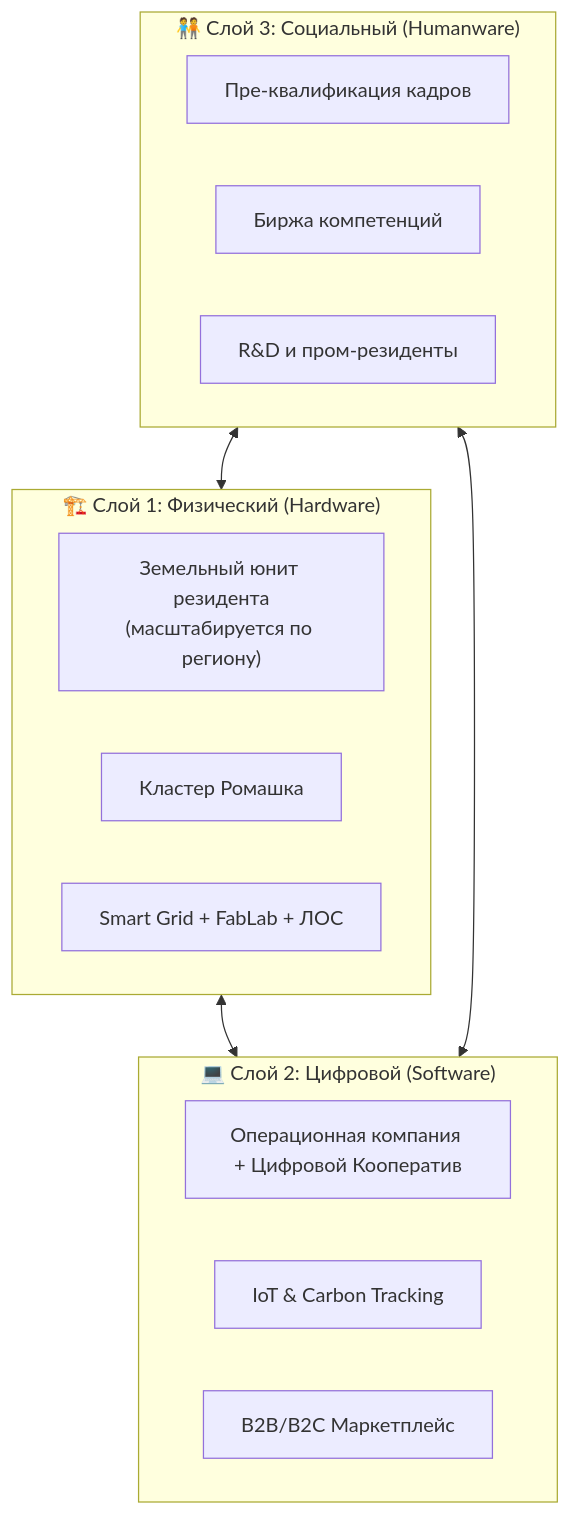
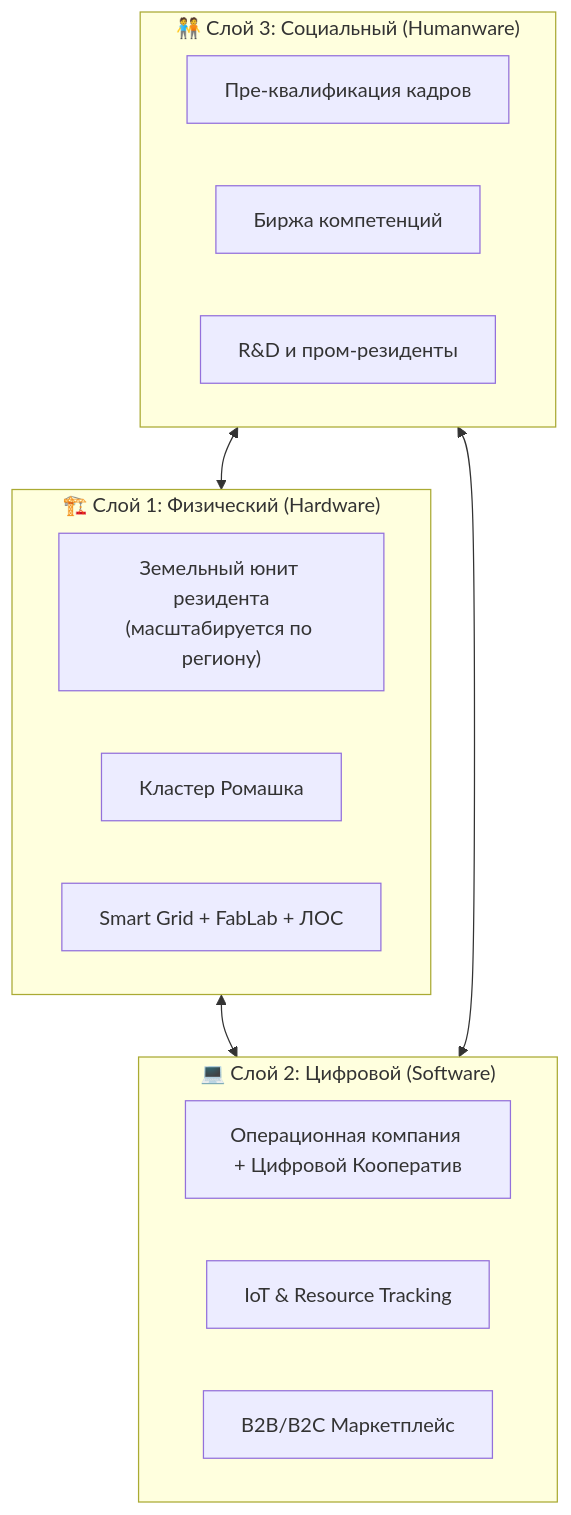
One commit to NeuroLoft/NEURO-ESTATE changed the second of 7 diagrams in ТЭО_Родовое_Поместье_Кейс/ТЭО_Родовое_Поместье_Раздел_3_Описание_концепции.md. Above: the diagram before and after it, drawn with Mermaid. The commit also changed other lines of this file and 12 other files, not shown here.

````diff
--- a/ТЭО_Родовое_Поместье_Кейс/ТЭО_Родовое_Поместье_Раздел_3_Описание_концепции.md
+++ b/ТЭО_Родовое_Поместье_Кейс/ТЭО_Родовое_Поместье_Раздел_3_Описание_концепции.md
@@ -98,21 +98,21 @@
 ```mermaid
 flowchart TB
     subgraph HW["🏗️ Слой 1: Физический (Hardware)"]
         HW1["Земельный юнит резидента\n(масштабируется по региону)"]
         HW2["Кластер Ромашка"]
         HW3["Smart Grid + FabLab + ЛОС"]
     end
     subgraph SW["💻 Слой 2: Цифровой (Software)"]
         SW1["Операционная компания + Цифровой Кооператив"]
-        SW2["IoT & Carbon Tracking"]
+        SW2["IoT & Resource Tracking"]
         SW3["B2B/B2C Маркетплейс"]
     end
     subgraph SO["🧑‍🤝‍🧑 Слой 3: Социальный (Humanware)"]
         SO1["Пре-квалификация кадров"]
         SO2["Биржа компетенций"]
         SO3["R&D и пром-резиденты"]
     end
     HW <--> SW
     SW <--> SO
     SO <--> HW
 ```
````
